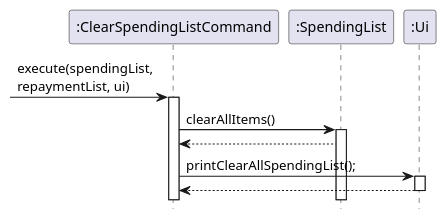
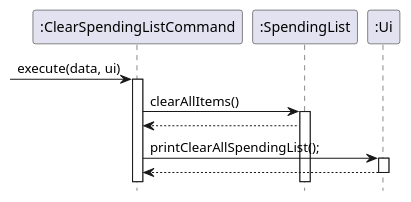
Before and after one commit to xieyaoyue/tp: the diagram in src/uml/sequence diagrams/ClearCommand.puml, drawn with PlantUML. The commit also changed 35 other files, not shown here.

```diff
--- a/src/uml/sequence diagrams/ClearCommand.puml
+++ b/src/uml/sequence diagrams/ClearCommand.puml
@@ -1,13 +1,13 @@
 @startuml
 hide footbox
-->":ClearSpendingListCommand":execute(spendingList, \nrepaymentList, ui)
+->":ClearSpendingListCommand":execute(data, ui)
 activate ":ClearSpendingListCommand"
 ":ClearSpendingListCommand" -> ":SpendingList": clearAllItems()
 activate ":SpendingList"
 ":SpendingList" --> ":ClearSpendingListCommand"
 ":ClearSpendingListCommand" -> ":Ui": printClearAllSpendingList();
 activate ":Ui"
 ":Ui" --> ":ClearSpendingListCommand"
 deactivate ":Ui"
 
 @enduml
```
